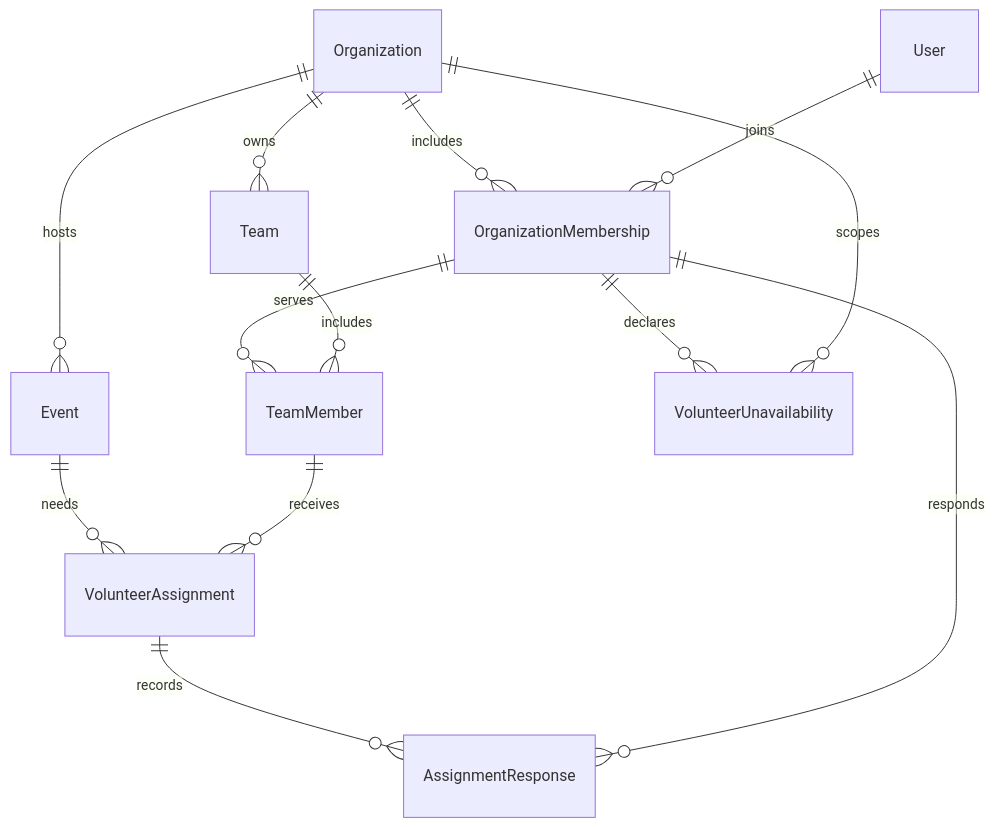
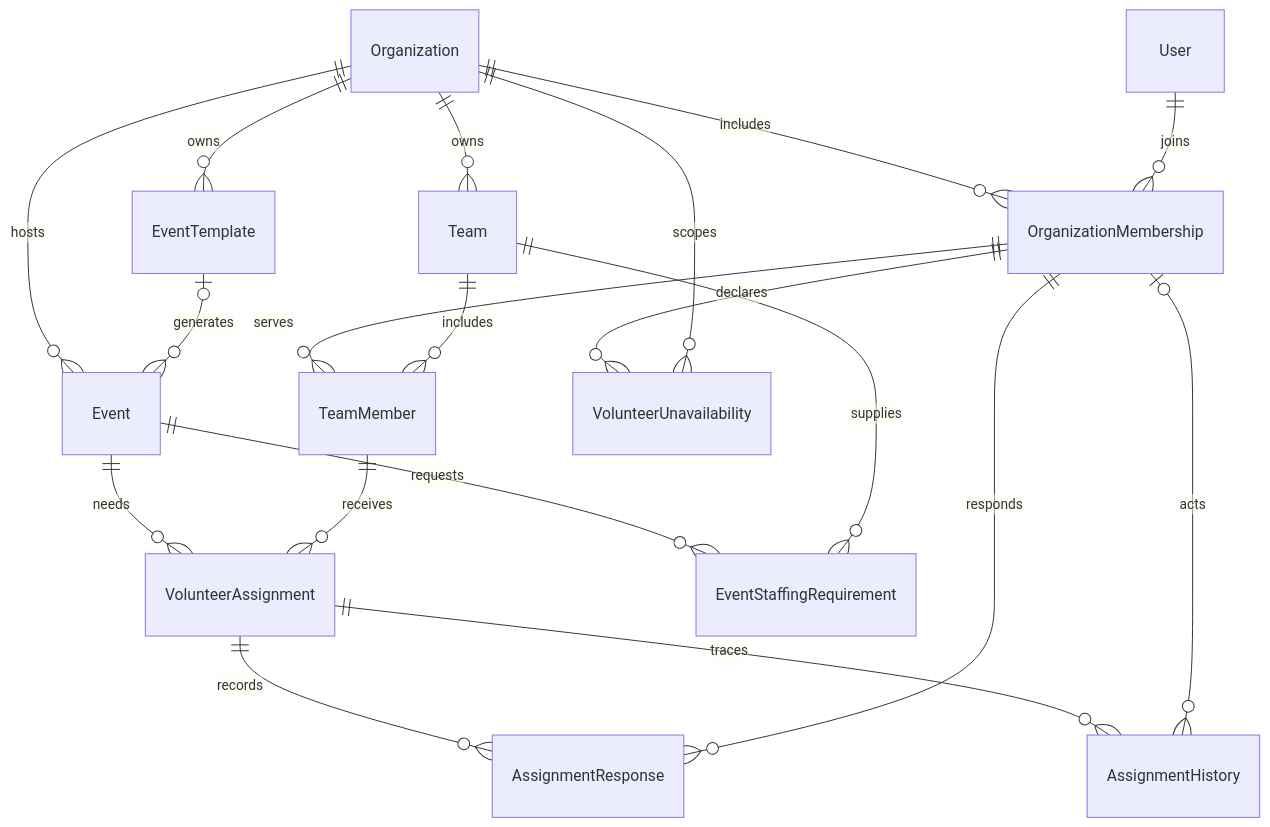
The diagram in docs/development.md (jksatermo/Many-Rooms), drawn with Mermaid before and after one commit. The commit also changed other lines of this file and 62 other files, not shown here.

````diff
--- a/docs/development.md
+++ b/docs/development.md
@@ -9,15 +9,21 @@
 ```mermaid
 erDiagram
   Organization ||--o{ OrganizationMembership : includes
   User ||--o{ OrganizationMembership : joins
   Organization ||--o{ Team : owns
   Organization ||--o{ Event : hosts
   OrganizationMembership ||--o{ TeamMember : serves
   Team ||--o{ TeamMember : includes
   Event ||--o{ VolunteerAssignment : needs
   TeamMember ||--o{ VolunteerAssignment : receives
   VolunteerAssignment ||--o{ AssignmentResponse : records
   OrganizationMembership ||--o{ AssignmentResponse : responds
   OrganizationMembership ||--o{ VolunteerUnavailability : declares
   Organization ||--o{ VolunteerUnavailability : scopes
+  Event ||--o{ EventStaffingRequirement : requests
+  Team ||--o{ EventStaffingRequirement : supplies
+  VolunteerAssignment ||--o{ AssignmentHistory : traces
+  OrganizationMembership o|--o{ AssignmentHistory : acts
+  Organization ||--o{ EventTemplate : owns
+  EventTemplate o|--o{ Event : generates
 ```
````
